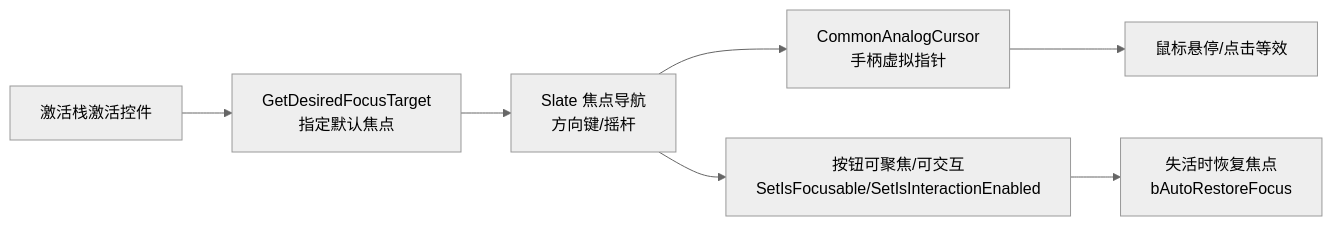
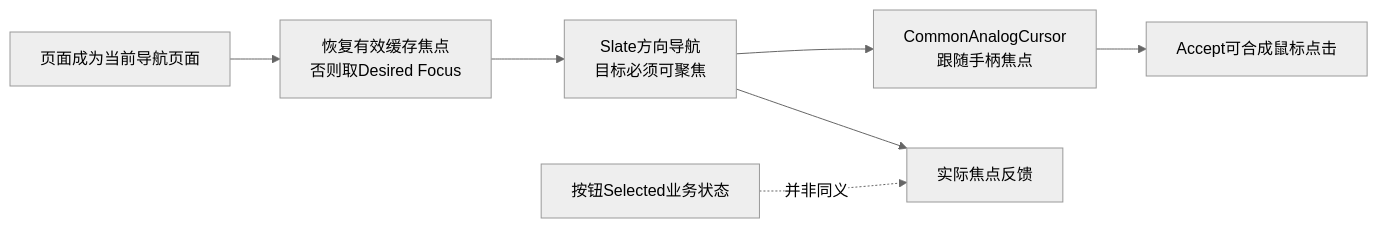
The third of 3 diagrams in 知识/05-Gameplay与交互系统/界面设置与无障碍/07-CommonUI输入路由与焦点管理.md (fantuan812/learning), drawn with Mermaid (neutral theme) before and after one commit. The commit also changed other lines of this file and 2 other files, not shown here.

````diff
--- a/知识/05-Gameplay与交互系统/界面设置与无障碍/07-CommonUI输入路由与焦点管理.md
+++ b/知识/05-Gameplay与交互系统/界面设置与无障碍/07-CommonUI输入路由与焦点管理.md
@@ -153,9 +217,9 @@
 ```mermaid
 flowchart LR
-    A[激活栈激活控件] --> B[GetDesiredFocusTarget<br/>指定默认焦点]
-    B --> C[Slate 焦点导航<br/>方向键/摇杆]
-    C --> D[CommonAnalogCursor<br/>手柄虚拟指针]
-    C --> E[按钮可聚焦/可交互<br/>SetIsFocusable/SetIsInteractionEnabled]
-    D --> F[鼠标悬停/点击等效]
-    E --> G[失活时恢复焦点<br/>bAutoRestoreFocus]
+    A[页面成为当前导航页面] --> B[恢复有效缓存焦点<br/>否则取Desired Focus]
+    B --> C[Slate方向导航<br/>目标必须可聚焦]
+    C --> D[CommonAnalogCursor<br/>跟随手柄焦点]
+    D --> E[Accept可合成鼠标点击]
+    C --> F[实际焦点反馈]
+    G[按钮Selected业务状态] -.并非同义.-> F
 ```
````
